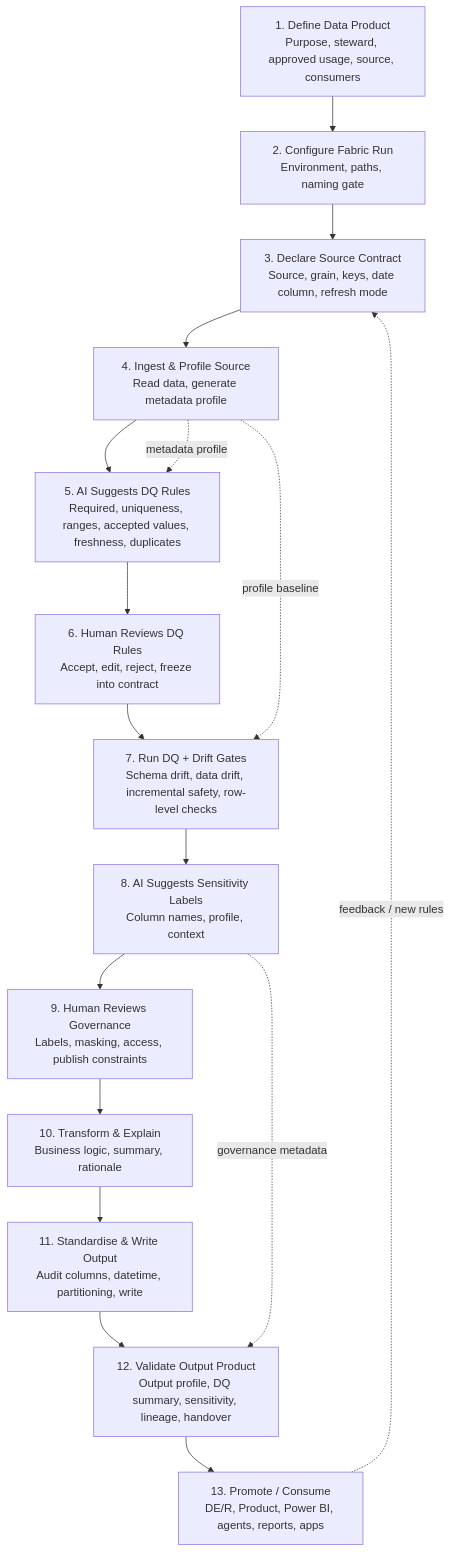
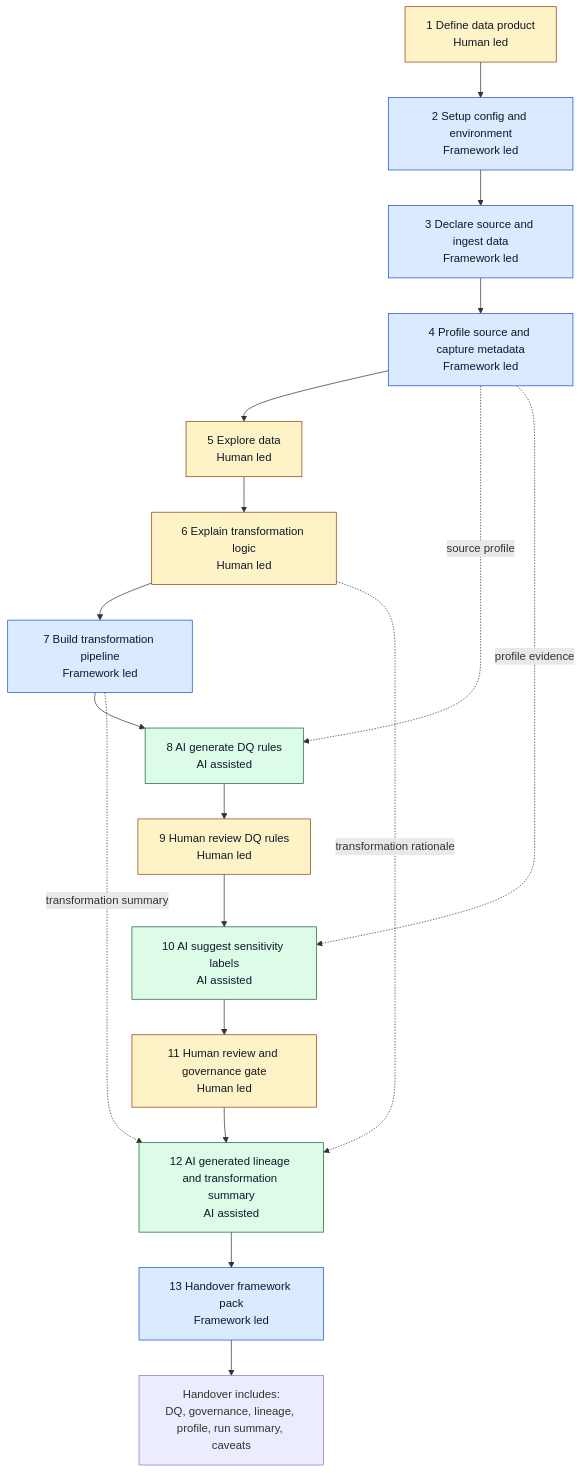
Before and after one commit to Voycepeh/fabric-data-product-framework: the diagram in docs/lifecycle-operating-model.md, drawn with Mermaid. The commit also changed other lines of this file and 11 other files, not shown here.

````diff
--- a/docs/lifecycle-operating-model.md
+++ b/docs/lifecycle-operating-model.md
@@ -87,20 +5,30 @@
 ```mermaid
 flowchart TD
-    A[1. Define Data Product<br/>Purpose, steward, approved usage, source, consumers] --> B[2. Configure Fabric Run<br/>Environment, paths, naming gate]
-    B --> C[3. Declare Source Contract<br/>Source, grain, keys, date column, refresh mode]
-    C --> D[4. Ingest & Profile Source<br/>Read data, generate metadata profile]
-    D --> E[5. AI Suggests DQ Rules<br/>Required, uniqueness, ranges, accepted values, freshness, duplicates]
-    E --> F[6. Human Reviews DQ Rules<br/>Accept, edit, reject, freeze into contract]
-    F --> G[7. Run DQ + Drift Gates<br/>Schema drift, data drift, incremental safety, row-level checks]
-    G --> H[8. AI Suggests Sensitivity Labels<br/>Column names, profile, context]
-    H --> I[9. Human Reviews Governance<br/>Labels, masking, access, publish constraints]
-    I --> J[10. Transform & Explain<br/>Business logic, summary, rationale]
-    J --> K[11. Standardise & Write Output<br/>Audit columns, datetime, partitioning, write]
-    K --> L[12. Validate Output Product<br/>Output profile, DQ summary, sensitivity, lineage, handover]
-    L --> M[13. Promote / Consume<br/>DE/R, Product, Power BI, agents, reports, apps]
+    A[1 Define data product\nHuman led] --> B[2 Setup config and environment\nFramework led]
+    B --> C[3 Declare source and ingest data\nFramework led]
+    C --> D[4 Profile source and capture metadata\nFramework led]
+    D --> E[5 Explore data\nHuman led]
+    E --> F[6 Explain transformation logic\nHuman led]
+    F --> G[7 Build transformation pipeline\nFramework led]
+    G --> H[8 AI generate DQ rules\nAI assisted]
+    H --> I[9 Human review DQ rules\nHuman led]
+    I --> J[10 AI suggest sensitivity labels\nAI assisted]
+    J --> K[11 Human review and governance gate\nHuman led]
+    K --> L[12 AI generated lineage and transformation summary\nAI assisted]
+    L --> M[13 Handover framework pack\nFramework led]
 
-    D -. metadata profile .-> E
-    D -. profile baseline .-> G
-    H -. governance metadata .-> L
-    M -. feedback / new rules .-> C
+    D -. source profile .-> H
+    D -. profile evidence .-> J
+    F -. transformation rationale .-> L
+    G -. transformation summary .-> L
+
+    M --> N[Handover includes:\nDQ, governance, lineage, profile, run summary, caveats]
+
+    classDef human fill:#fef3c7,stroke:#92400e,color:#111827;
+    classDef framework fill:#dbeafe,stroke:#1d4ed8,color:#111827;
+    classDef ai fill:#dcfce7,stroke:#166534,color:#111827;
+
+    class A,E,F,I,K human;
+    class B,C,D,G,M framework;
+    class H,J,L ai;
 ```
````
